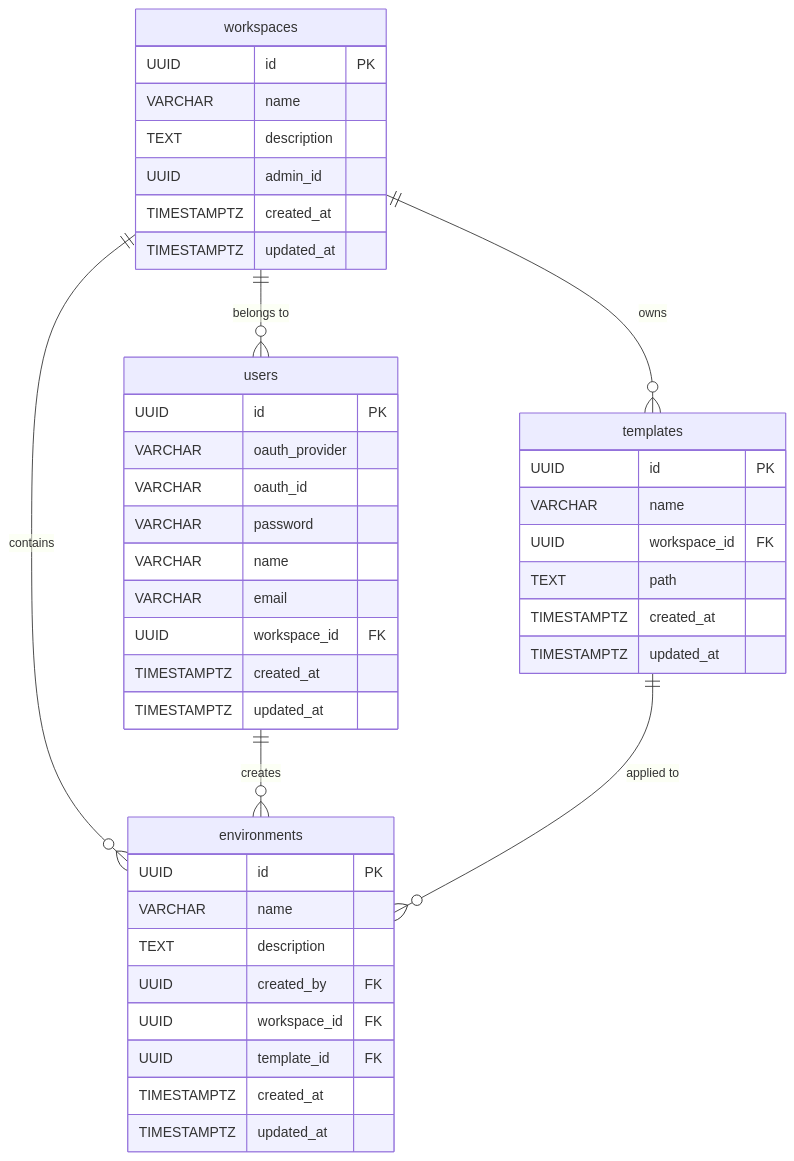
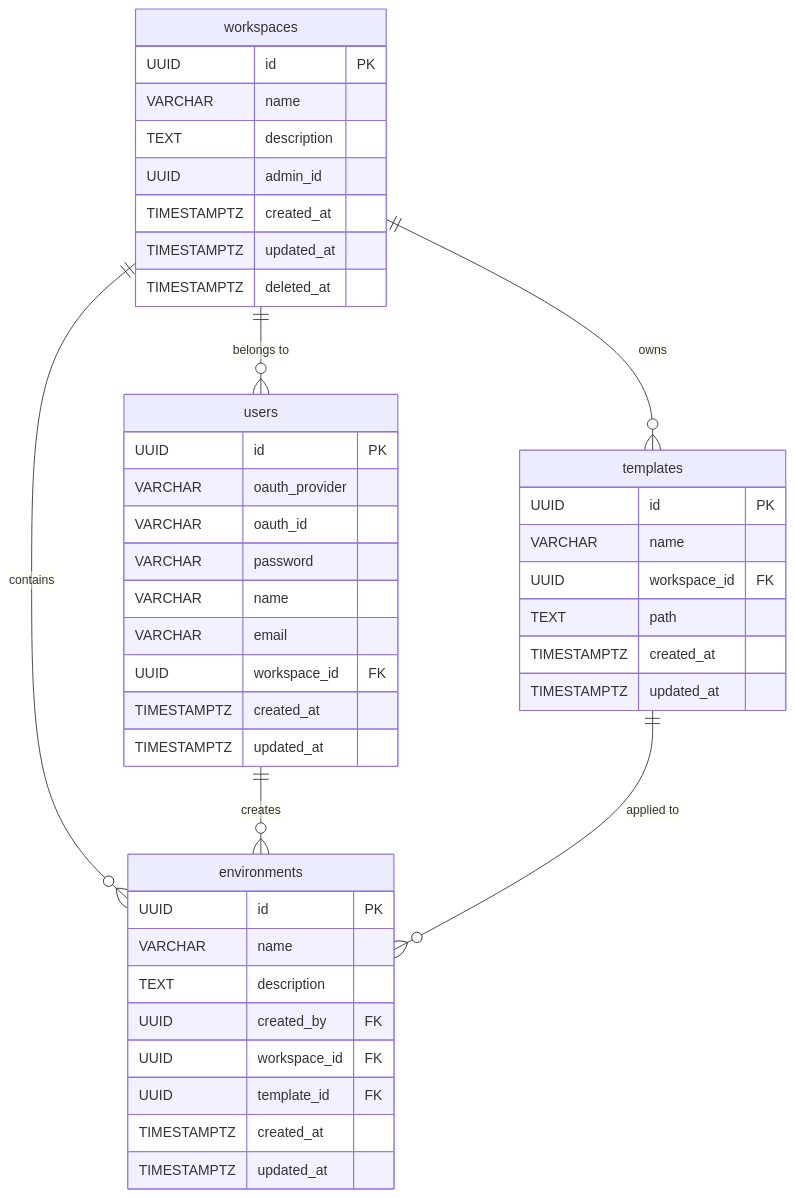
Before and after one commit to erel213/dev-share: the diagram in backend/internal/infra/migrations/README.md, drawn with Mermaid. The commit also changed 1 other file, not shown here.

Commit message:
Renumber template migrations to resolve conflicts from rebased commits
Migrations 000004_create_templates_table and 000005_add_template_fk_to_environments
collided with 000004_make_admin_id_nullable and 000005_workspace_soft_delete from main.
Renumbered template migrations to 000006 and 000007 respectively, and updated the
README schema diagram to include the deleted_at column on workspaces.

````diff
--- a/backend/internal/infra/migrations/README.md
+++ b/backend/internal/infra/migrations/README.md
@@ -3,46 +3,47 @@
 ```mermaid
 erDiagram
     workspaces {
         UUID id PK
         VARCHAR name
         TEXT description
         UUID admin_id
         TIMESTAMPTZ created_at
         TIMESTAMPTZ updated_at
+        TIMESTAMPTZ deleted_at
     }
     users {
         UUID id PK
         VARCHAR oauth_provider
         VARCHAR oauth_id
         VARCHAR password
         VARCHAR name
         VARCHAR email
         UUID workspace_id FK
         TIMESTAMPTZ created_at
         TIMESTAMPTZ updated_at
     }
     environments {
         UUID id PK
         VARCHAR name
         TEXT description
         UUID created_by FK
         UUID workspace_id FK
         UUID template_id FK
         TIMESTAMPTZ created_at
         TIMESTAMPTZ updated_at
     }
     templates {
         UUID id PK
         VARCHAR name
         UUID workspace_id FK
         TEXT path
         TIMESTAMPTZ created_at
         TIMESTAMPTZ updated_at
     }
 
     workspaces ||--o{ users : "belongs to"
     workspaces ||--o{ environments : "contains"
     workspaces ||--o{ templates : "owns"
     users ||--o{ environments : "creates"
     templates ||--o{ environments : "applied to"
 ```
````
